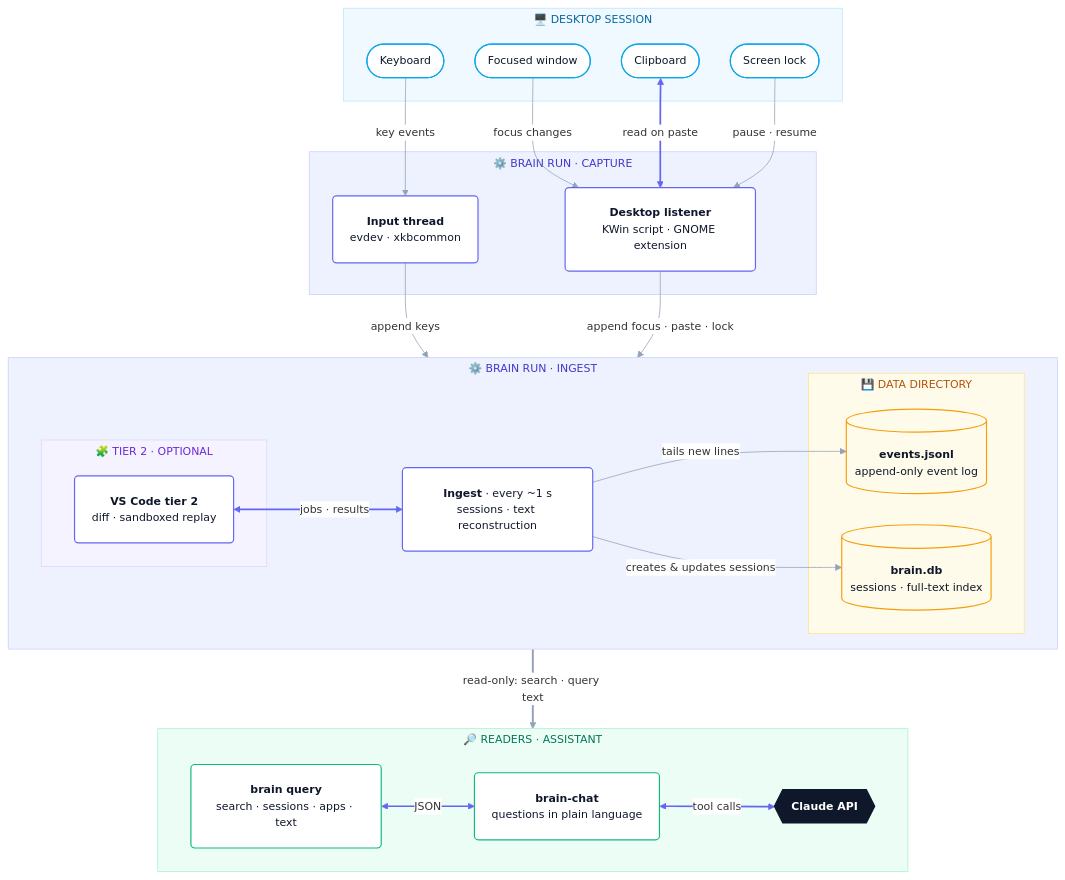
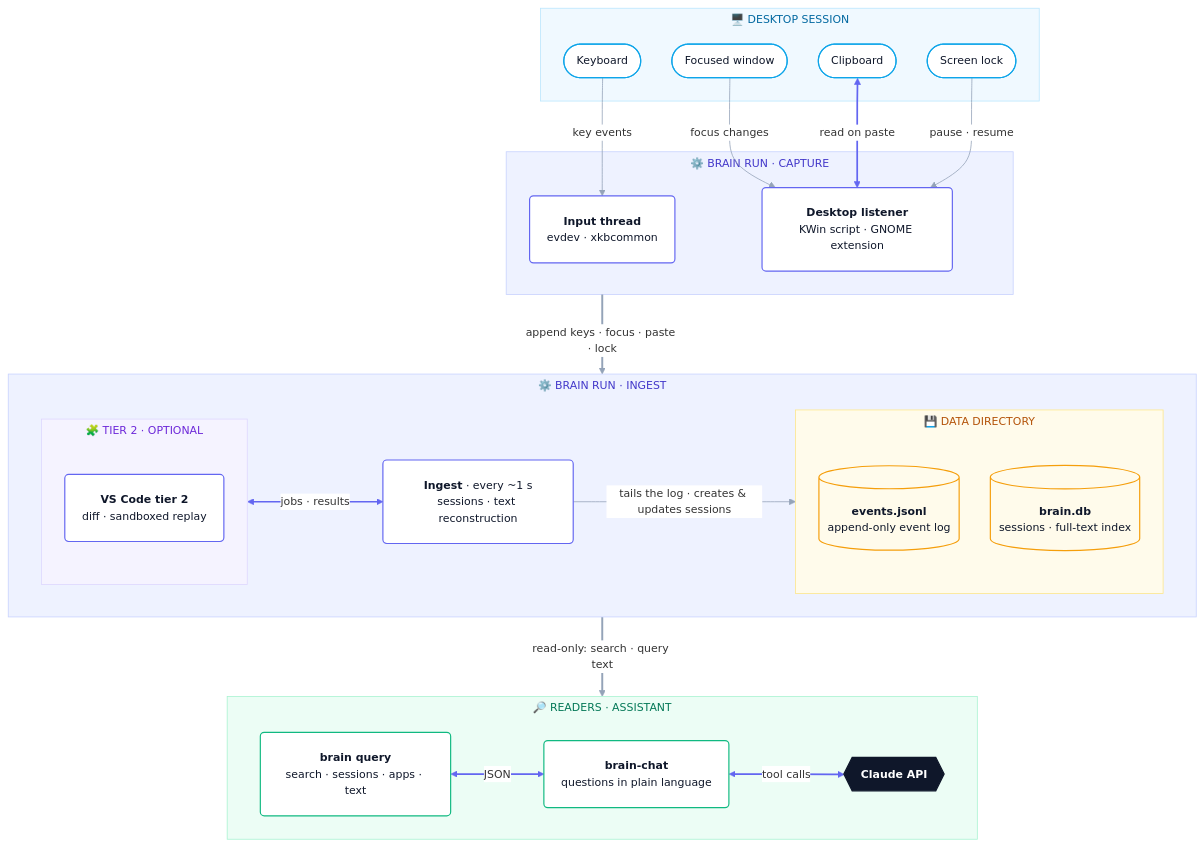
The first of 2 diagrams in DIAGRAMS.md (ChenOhana/shadow-assistant), drawn with Mermaid before and after one commit.

Commit message:
Fix the architecture diagram for GitHub's Mermaid 12
GitHub renders diagrams with Mermaid 12.3.0, which ignores a layer's
left-to-right direction when an arrow from a node in another layer
enters it, or a node in a nested box links out of it. Capture now
feeds the ingest layer with one layer-to-layer arrow, tier 2 links to
ingest as a box, and ingest has one arrow into the data directory, so
the ingest row reads tier 2, ingest, log and brain.db on GitHub.

Claude-Session: https://claude.ai/code/session_01TqJ1JQ5AR6NbGxAYUZbh83

````diff
--- a/DIAGRAMS.md
+++ b/DIAGRAMS.md
@@ -9,68 +9,66 @@
 ```mermaid
 %%{init: {"theme": "base", "themeVariables": {"fontSize": "14px", "lineColor": "#94a3b8", "edgeLabelBackground": "#ffffff", "textColor": "#334155"}, "flowchart": {"curve": "basis", "padding": 22, "nodeSpacing": 40, "rankSpacing": 60, "subGraphTitleMargin": {"top": 4, "bottom": 12}}}}%%
 flowchart TB
     subgraph L1["🖥️  DESKTOP SESSION"]
         KB(["Keyboard"])
         FOC(["Focused window"])
         CLIP(["Clipboard"])
         SCR(["Screen lock"])
     end
 
     subgraph L2["⚙️  BRAIN RUN · CAPTURE"]
         INP("<b>Input thread</b><br/>evdev · xkbcommon")
         DSK("<b>Desktop listener</b><br/>KWin script · GNOME extension")
     end
 
     subgraph L3["⚙️  BRAIN RUN · INGEST"]
         direction LR
         subgraph LT["🧩  TIER 2 · OPTIONAL"]
             T2("<b>VS Code tier 2</b><br/>diff · sandboxed replay")
         end
         ING("<b>Ingest</b> · every ~1 s<br/>sessions · text reconstruction")
         subgraph LD["💾  DATA DIRECTORY"]
             LOG[("<b>events.jsonl</b><br/>append-only event log")]
             DB[("<b>brain.db</b><br/>sessions · full-text index")]
         end
-        T2 <-->|"jobs · results"| ING
-        ING -->|"tails new lines"| LOG
-        ING -->|"creates & updates sessions"| DB
+        LT <-->|"jobs · results"| ING
+        ING -->|"tails the log · creates & updates sessions"| LD
     end
 
     subgraph L4["🔎  READERS · ASSISTANT"]
         direction LR
         Q("<b>brain query</b><br/>search · sessions · apps · text")
         CHAT("<b>brain-chat</b><br/>questions in plain language")
         API{{"<b>Claude API</b>"}}
         Q <-->|"JSON"| CHAT
         CHAT <-->|"tool calls"| API
     end
 
     KB -->|"key events"| INP
     FOC -->|"focus changes"| DSK
     CLIP <-->|"read on paste"| DSK
     SCR -->|"pause · resume"| DSK
-    INP -->|"append keys"| L3
-    DSK -->|"append focus · paste · lock"| L3
+    L2 ==>|"append keys · focus · paste · lock"| L3
     L3 ==>|"read-only: search · query text"| L4
 
     classDef src fill:#ffffff,stroke:#0ea5e9,stroke-width:1.5px,color:#0f172a
     classDef proc fill:#ffffff,stroke:#6366f1,stroke-width:1.5px,color:#0f172a
     classDef store fill:#fffbeb,stroke:#f59e0b,stroke-width:1.5px,color:#0f172a
     classDef read fill:#ffffff,stroke:#10b981,stroke-width:1.5px,color:#0f172a
     classDef ext fill:#0f172a,stroke:#0f172a,stroke-width:1.5px,color:#ffffff
     class KB,FOC,CLIP,SCR src
     class INP,DSK,ING,T2 proc
     class LOG,DB store
     class Q,CHAT read
     class API ext
 
     style L1 fill:#f0f9ff,stroke:#bae6fd,color:#0369a1
     style L2 fill:#eef2ff,stroke:#c7d2fe,color:#4338ca
     style L3 fill:#eef2ff,stroke:#c7d2fe,color:#4338ca
     style LT fill:#f5f3ff,stroke:#ddd6fe,color:#6d28d9
     style LD fill:#fffbeb,stroke:#fde68a,color:#b45309
     style L4 fill:#ecfdf5,stroke:#a7f3d0,color:#047857
 
-    linkStyle 0,3,4,7 stroke:#6366f1,stroke-width:2.2px
-    linkStyle 11 stroke:#94a3b8,stroke-width:2.5px
+    linkStyle 0,2,3,6 stroke:#6366f1,stroke-width:2.2px
+    linkStyle 8,9 stroke:#94a3b8,stroke-width:2.5px
 ```
````
